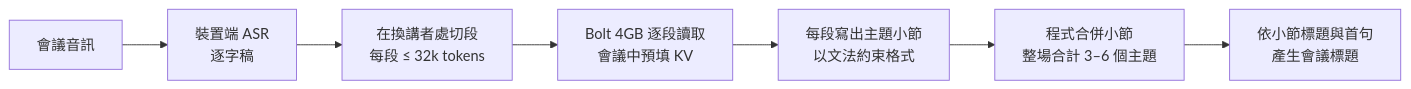
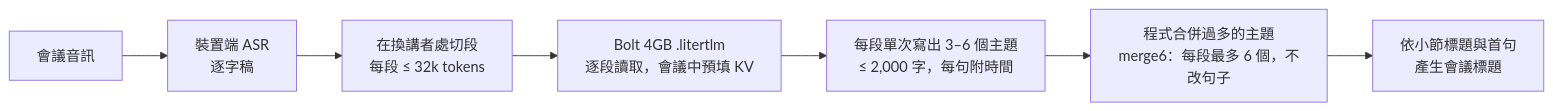
Before and after one commit to vieenrose/meeting-summarizer: the diagram in README.md, drawn with Mermaid. The commit also changed other lines of this file and 1 other file, not shown here.

````diff
--- a/README.md
+++ b/README.md
@@ -209,9 +218,9 @@
 ```mermaid
 flowchart LR
     A[會議音訊] --> B[裝置端 ASR<br/>逐字稿]
     B --> C[在換講者處切段<br/>每段 ≤ 32k tokens]
-    C --> D[Bolt 4GB 逐段讀取<br/>會議中預填 KV]
-    D --> E[每段寫出主題小節<br/>以文法約束格式]
-    E --> F[程式合併小節<br/>整場合計 3–6 個主題]
+    C --> D[Bolt 4GB .litertlm<br/>逐段讀取，會議中預填 KV]
+    D --> E[每段單次寫出 3–6 個主題<br/>≤ 2,000 字，每句附時間]
+    E --> F[程式合併過多的主題<br/>merge6：每段最多 6 個，不改句子]
     F --> G[依小節標題與首句<br/>產生會議標題]
 ```
````
